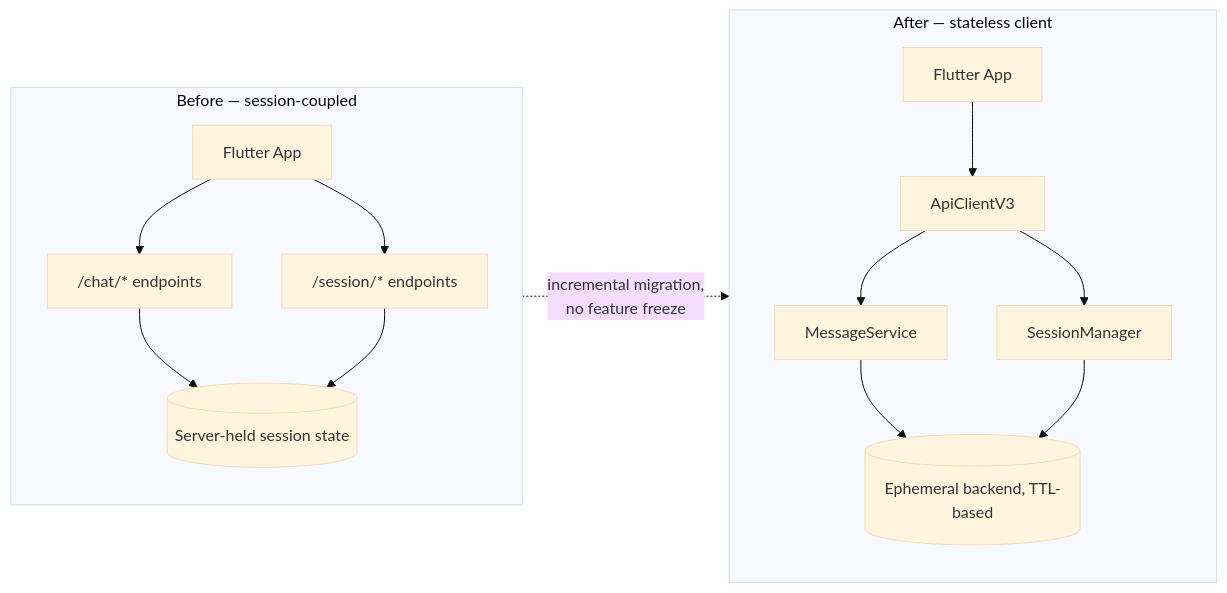
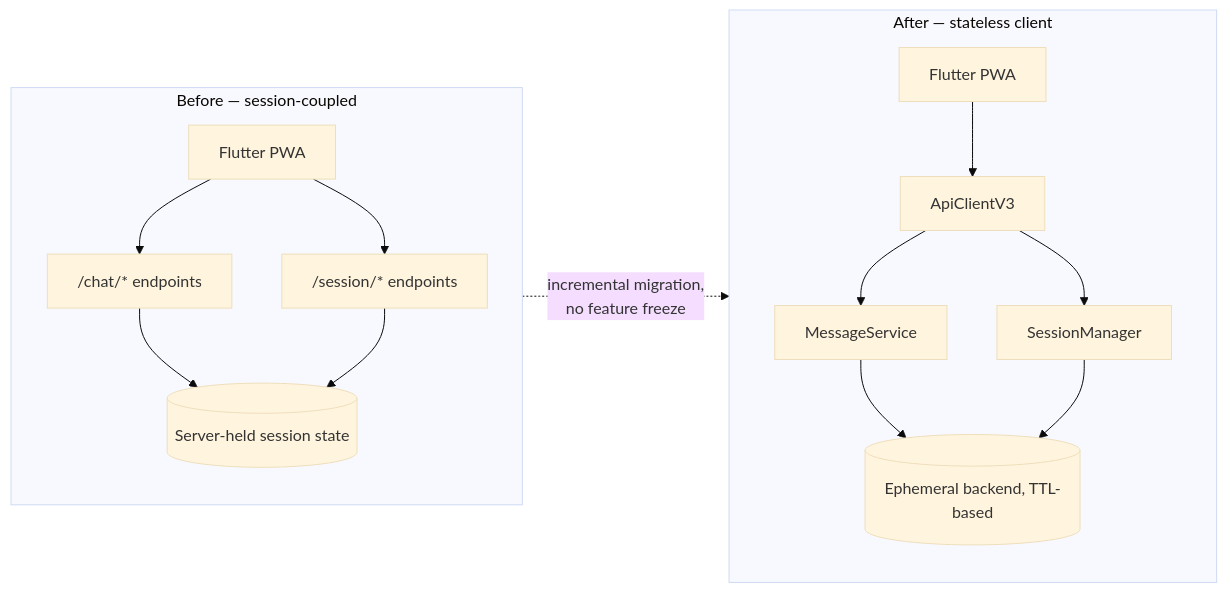
One commit to eugeniozamora/case-study-mobile-migration changed the diagram in README.md. Above: the diagram before and after it, drawn with Mermaid (base theme). The commit also changed other lines of this file, not shown here.

Commit message:
docs(readme): clarify client is a Flutter PWA, not native

````diff
--- a/README.md
+++ b/README.md
@@ -17,19 +17,19 @@
 ```mermaid
 flowchart LR
     subgraph Before["Before — session-coupled"]
-        A1[Flutter App] --> A2["/chat/* endpoints"]
+        A1[Flutter PWA] --> A2["/chat/* endpoints"]
         A1 --> A3["/session/* endpoints"]
         A2 --> A4[(Server-held session state)]
         A3 --> A4
     end
 
     subgraph After["After — stateless client"]
-        B1[Flutter App] --> B2[ApiClientV3]
+        B1[Flutter PWA] --> B2[ApiClientV3]
         B2 --> B3[MessageService]
         B2 --> B4[SessionManager]
         B3 --> B5[(Ephemeral backend, TTL-based)]
         B4 --> B5
     end
 
     Before -. "incremental migration,\nno feature freeze" .-> After
 ```
````
